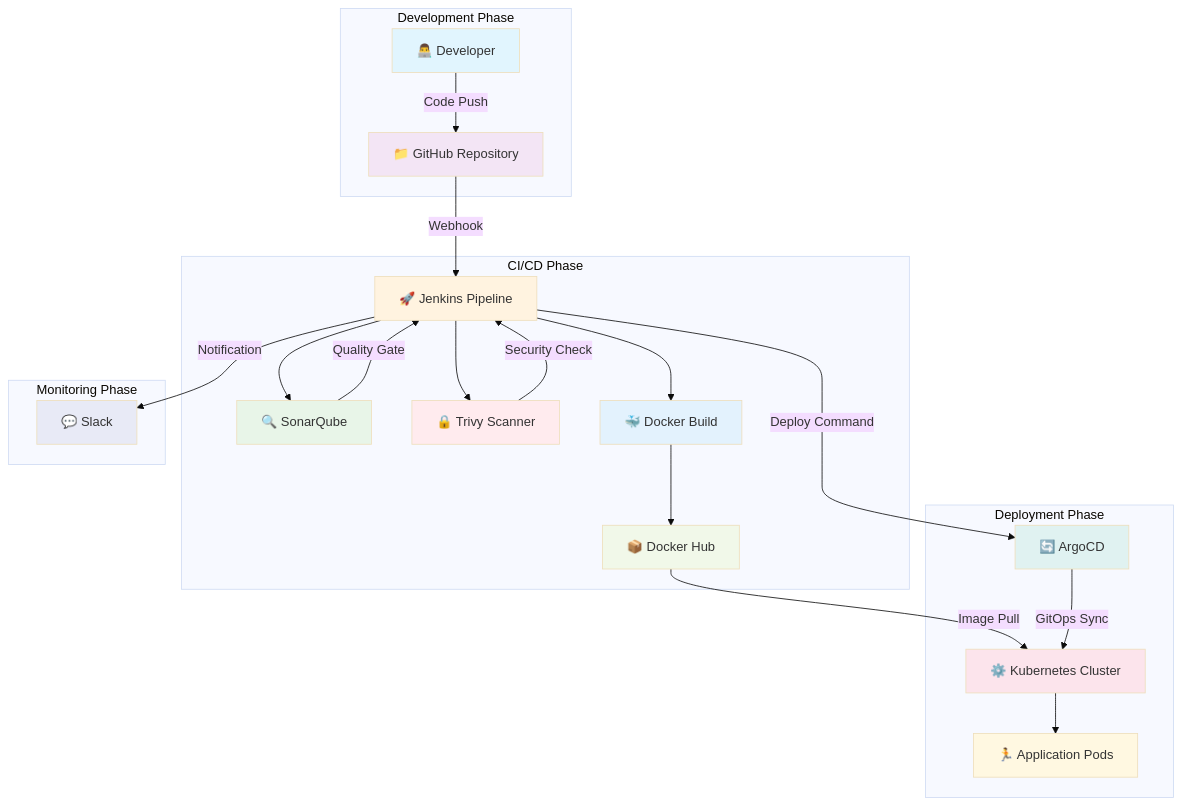
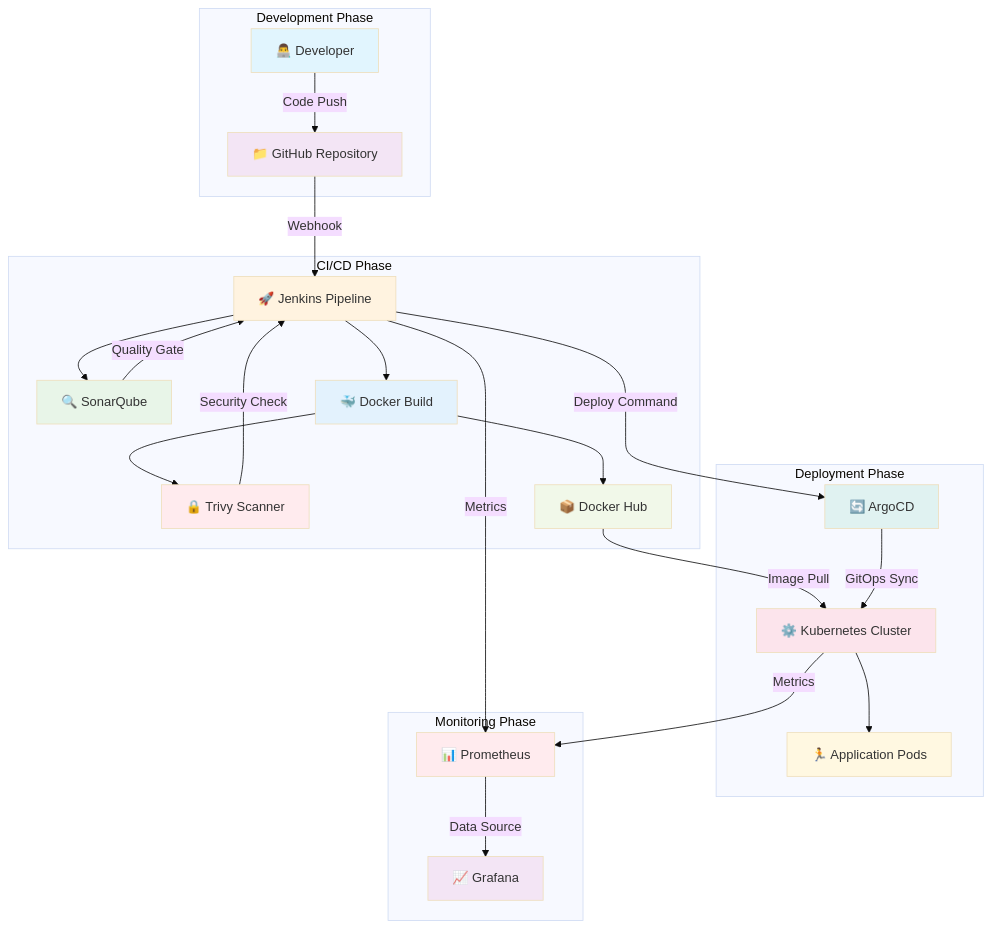
Before and after one commit to onurglr/aws-pipeline: the first of 10 diagrams in README.md, drawn with Mermaid (base theme).

````diff
--- a/README.md
+++ b/README.md
@@ -23,52 +23,56 @@
 ```mermaid
 graph TB
     subgraph "Development Phase"
         Dev[👨‍💻 Developer]
         GH[📁 GitHub Repository]
         Dev -->|Code Push| GH
     end
     
     subgraph "CI/CD Phase"
         J[🚀 Jenkins Pipeline]
         SQ[🔍 SonarQube]
+        D[🐳 Docker Build]
         T[🔒 Trivy Scanner]
-        D[🐳 Docker Build]
         DH[📦 Docker Hub]
         
         GH -->|Webhook| J
         J --> SQ
-        J --> T
         J --> D
+        D --> T
         D --> DH
         SQ -->|Quality Gate| J
         T -->|Security Check| J
     end
     
     subgraph "Deployment Phase"
         A[🔄 ArgoCD]
         K[⚙️ Kubernetes Cluster]
         App[🏃 Application Pods]
         
         J -->|Deploy Command| A
         DH -->|Image Pull| K
         A -->|GitOps Sync| K
         K --> App
     end
     
     subgraph "Monitoring Phase"
-        S[💬 Slack]
-        J -->|Notification| S
+        P[📊 Prometheus]
+        G[📈 Grafana]
+        J -->|Metrics| P
+        K -->|Metrics| P
+        P -->|Data Source| G
     end
     
     style Dev fill:#e1f5fe
     style GH fill:#f3e5f5
     style J fill:#fff3e0
     style SQ fill:#e8f5e8
     style T fill:#ffebee
     style D fill:#e3f2fd
     style DH fill:#f1f8e9
     style A fill:#e0f2f1
     style K fill:#fce4ec
     style App fill:#fff8e1
-    style S fill:#e8eaf6
+    style P fill:#ffebee
+    style G fill:#f3e5f5
 ```
````
